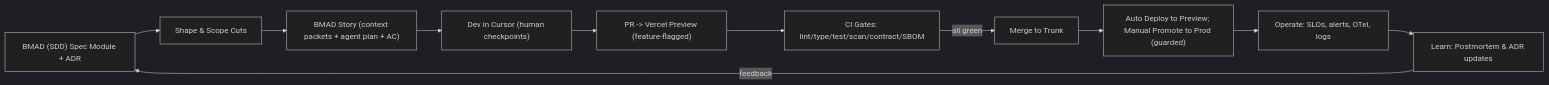
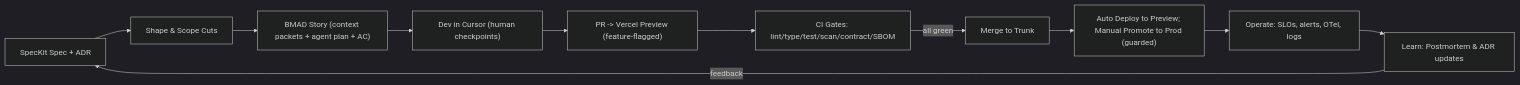
One commit to jamesryancooper/harmony changed the first of 2 diagrams in apps/docs/src/content/docs/handbook/methodology/harmony-lean-ai-accelerated-methodology.md. Above: the diagram before and after it, drawn with Mermaid (dark theme). The commit also changed other lines of this file and 32 other files, not shown here.

````diff
--- a/apps/docs/src/content/docs/handbook/methodology/harmony-lean-ai-accelerated-methodology.md
+++ b/apps/docs/src/content/docs/handbook/methodology/harmony-lean-ai-accelerated-methodology.md
@@ -58,13 +169,13 @@
 ```mermaid
 flowchart LR
-  A["BMAD (SDD) Spec Module + ADR"] --> B[Shape & Scope Cuts]
+  A["SpecKit Spec + ADR"] --> B[Shape & Scope Cuts]
   B --> C["BMAD Story (context packets + agent plan + AC)"]
   C --> D["Dev in Cursor (human checkpoints)"]
   D --> E["PR -> Vercel Preview (feature-flagged)"]
   E --> F[CI Gates: lint/type/test/scan/contract/SBOM]
   F -->|all green| G[Merge to Trunk]
   G --> H["Auto Deploy to Preview; Manual Promote to Prod (guarded)"]
   H --> I[Operate: SLOs, alerts, OTel, logs]
   I --> J[Learn: Postmortem & ADR updates]
   J -->|feedback| A
 ```
````
